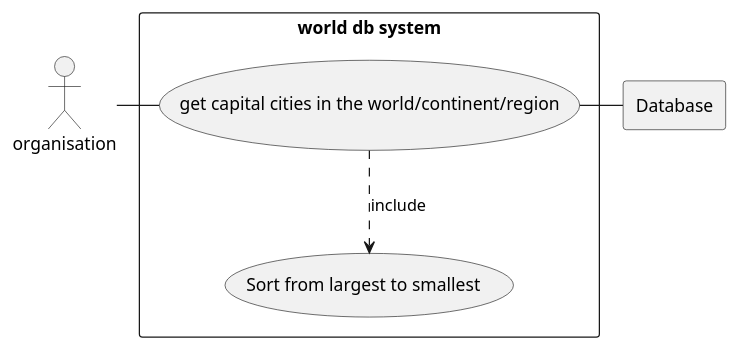
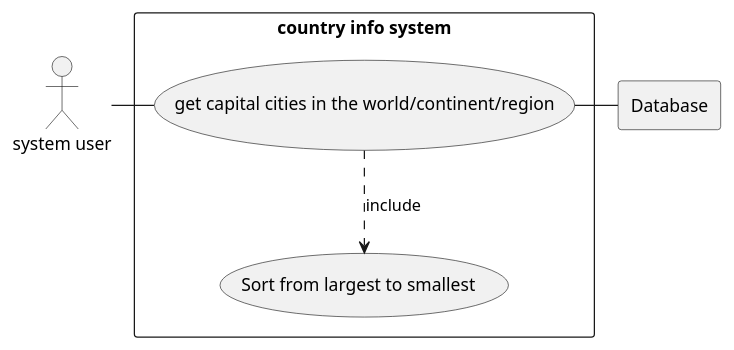
The diagram in use-cases/world db system.puml (Chris-Pesic/SWE-Methods-Project), drawn with PlantUML before and after one commit.

Commit message:
Use case diagram (aligned naming).

```diff
--- a/use-cases/world db system.puml
+++ b/use-cases/world db system.puml
@@ -1,16 +1,16 @@
 @startuml
 'https://plantuml.com/use-case-diagram
 
-actor 1 as "organisation"
+actor 1 as "system user"
 
 rectangle Database
 
-rectangle "world db system" {
+rectangle "country info system" {
 usecase UC1 as "get capital cities in the world/continent/region"
 
 usecase UC2 as "Sort from largest to smallest "
 1 - UC1
 UC1 ..> UC2 : include
 UC1 - Database
 }
 @enduml
```
